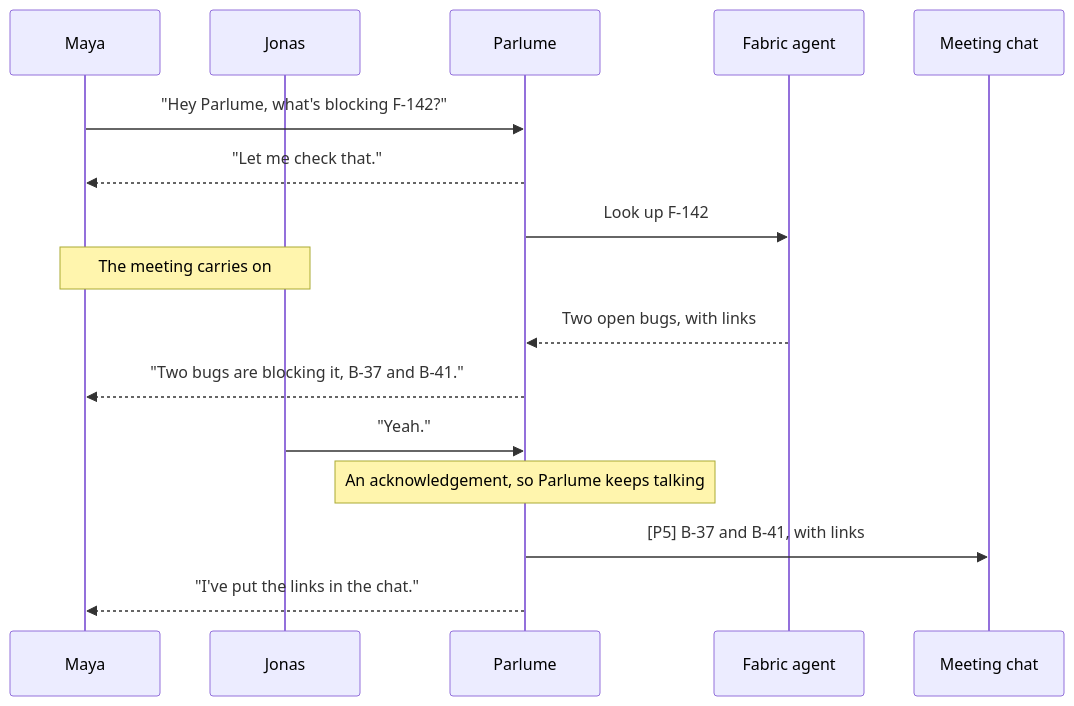
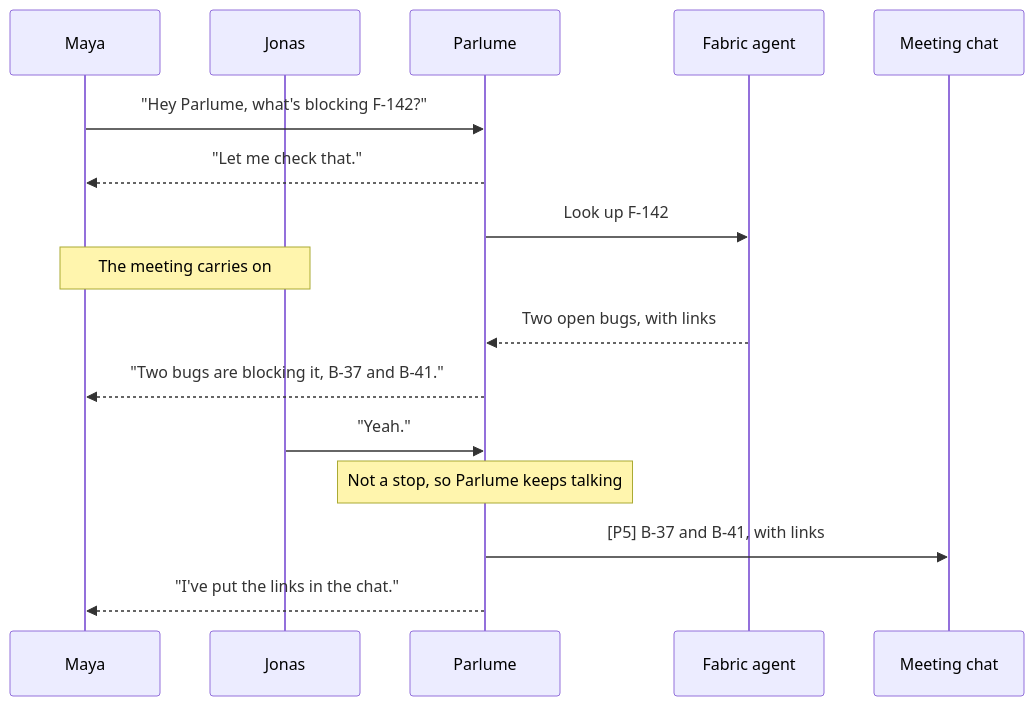
One commit to Fabric-Pro/fabric-oss changed the third of 3 diagrams in apps/web/content/docs/features/parlume-meetings.mdx. Above: the diagram before and after it, drawn with Mermaid. The commit also changed other lines of this file and 1157 other files, not shown here.

````diff
--- a/apps/web/content/docs/features/parlume-meetings.mdx
+++ b/apps/web/content/docs/features/parlume-meetings.mdx
@@ -291,19 +438,19 @@
 ```mermaid
 sequenceDiagram
     participant Maya
     participant Jonas
     participant P as Parlume
     participant F as Fabric agent
     participant C as Meeting chat
 
     Maya->>P: "Hey Parlume, what's blocking F-142?"
     P-->>Maya: "Let me check that."
     P->>F: Look up F-142
     Note over Maya,Jonas: The meeting carries on
     F-->>P: Two open bugs, with links
     P-->>Maya: "Two bugs are blocking it, B-37 and B-41."
     Jonas->>P: "Yeah."
-    Note over P: An acknowledgement, so Parlume keeps talking
+    Note over P: Not a stop, so Parlume keeps talking
     P->>C: [P5] B-37 and B-41, with links
     P-->>Maya: "I've put the links in the chat."
 ```
````
